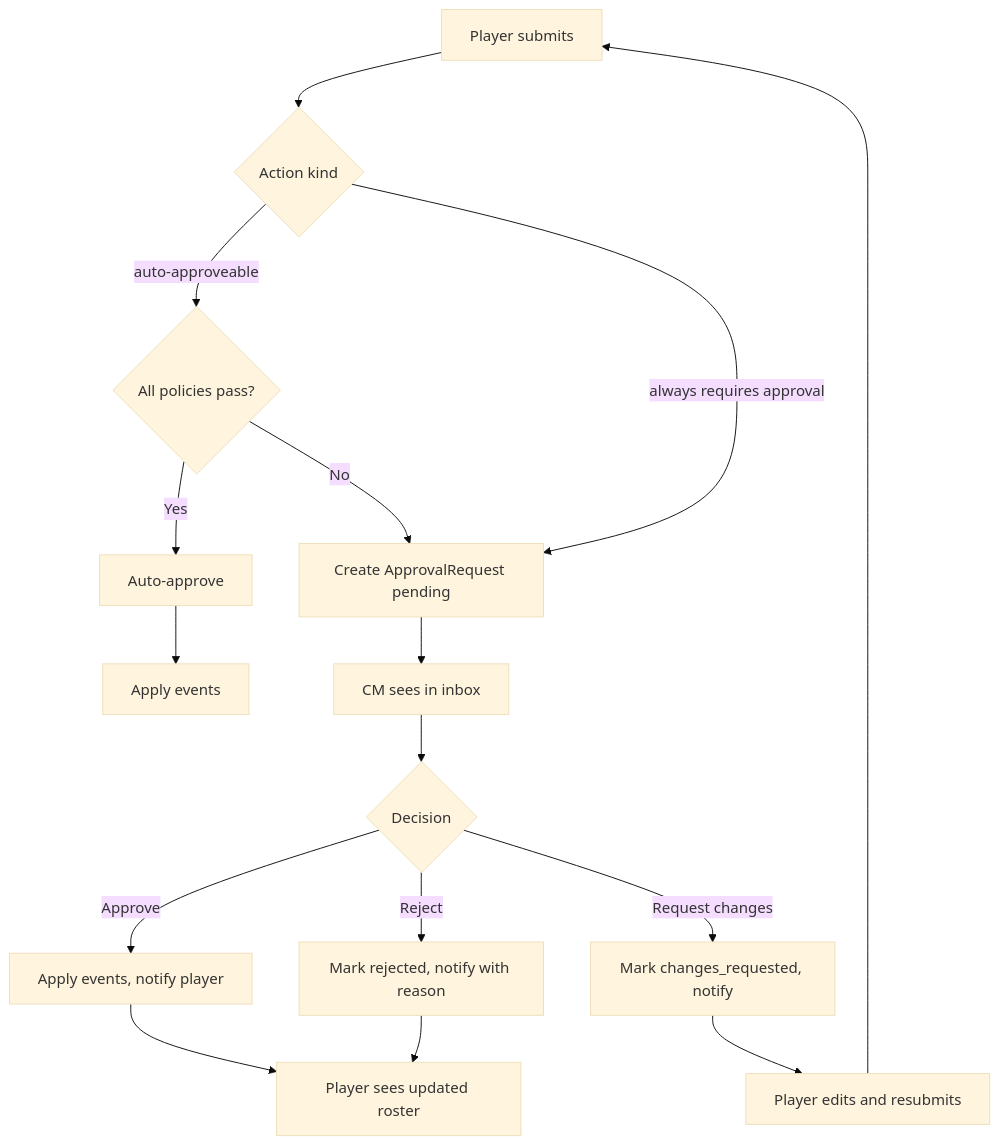
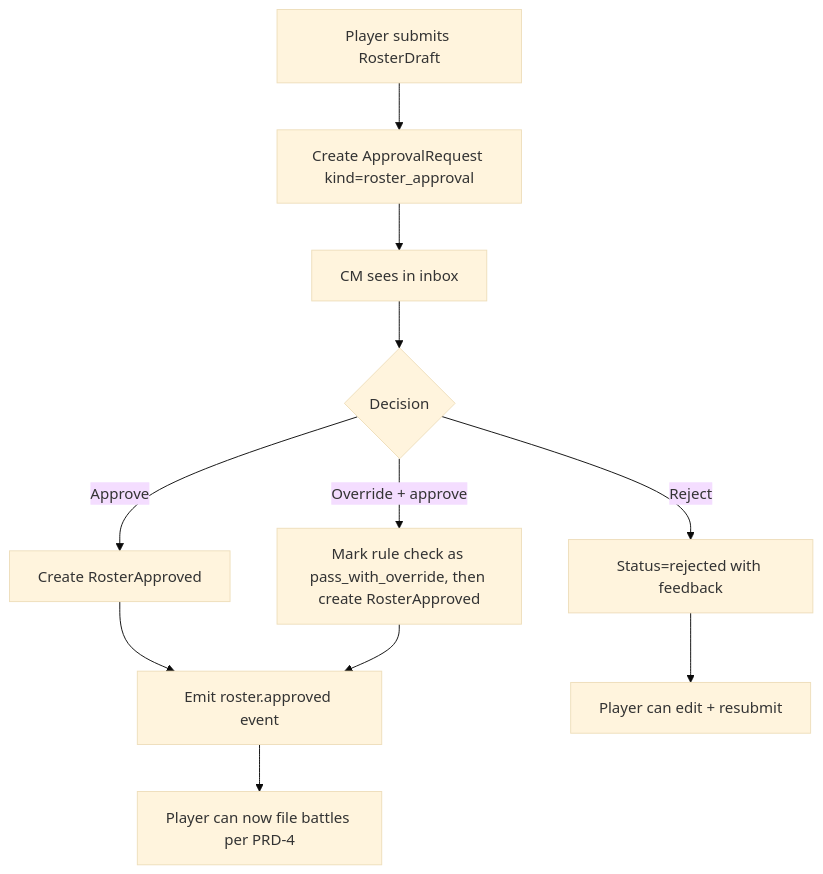
Before and after one commit to kaykayyali/crusade-master-prds: the diagram in prd-5-approval-system.md, drawn with Mermaid (base theme). The commit also changed other lines of this file and 12 other files, not shown here.

First line of the commit message:
v2: rewrite all PRDs to reflect locked design (Vite+FastAPI+Postgres+MinIO, multi-tenant, Armageddon-only, roster state machine, submission gating, rule-compliance engine)

````diff
--- a/prd-5-approval-system.md
+++ b/prd-5-approval-system.md
@@ -181,18 +204,13 @@
 ```mermaid
 flowchart TD
-    A[Player submits] --> B{Action kind}
-    B -->|auto-approveable| C{All policies pass?}
-    C -->|Yes| D[Auto-approve]
-    C -->|No| E[Create ApprovalRequest pending]
-    B -->|always requires approval| E
-    D --> F[Apply events]
-    E --> G[CM sees in inbox]
-    G --> H{Decision}
-    H -->|Approve| I[Apply events, notify player]
-    H -->|Reject| J[Mark rejected, notify with reason]
-    H -->|Request changes| K[Mark changes_requested, notify]
-    I --> L[Player sees updated roster]
-    J --> L
-    K --> M[Player edits and resubmits]
-    M --> A
+    A[Player submits RosterDraft] --> B[Create ApprovalRequest kind=roster_approval]
+    B --> C[CM sees in inbox]
+    C --> D{Decision}
+    D -->|Approve| E[Create RosterApproved]
+    D -->|Reject| F[Status=rejected with feedback]
+    D -->|Override + approve| G[Mark rule check as pass_with_override, then create RosterApproved]
+    E --> H[Emit roster.approved event]
+    F --> I[Player can edit + resubmit]
+    G --> H
+    H --> J[Player can now file battles per PRD-4]
 ```
````
